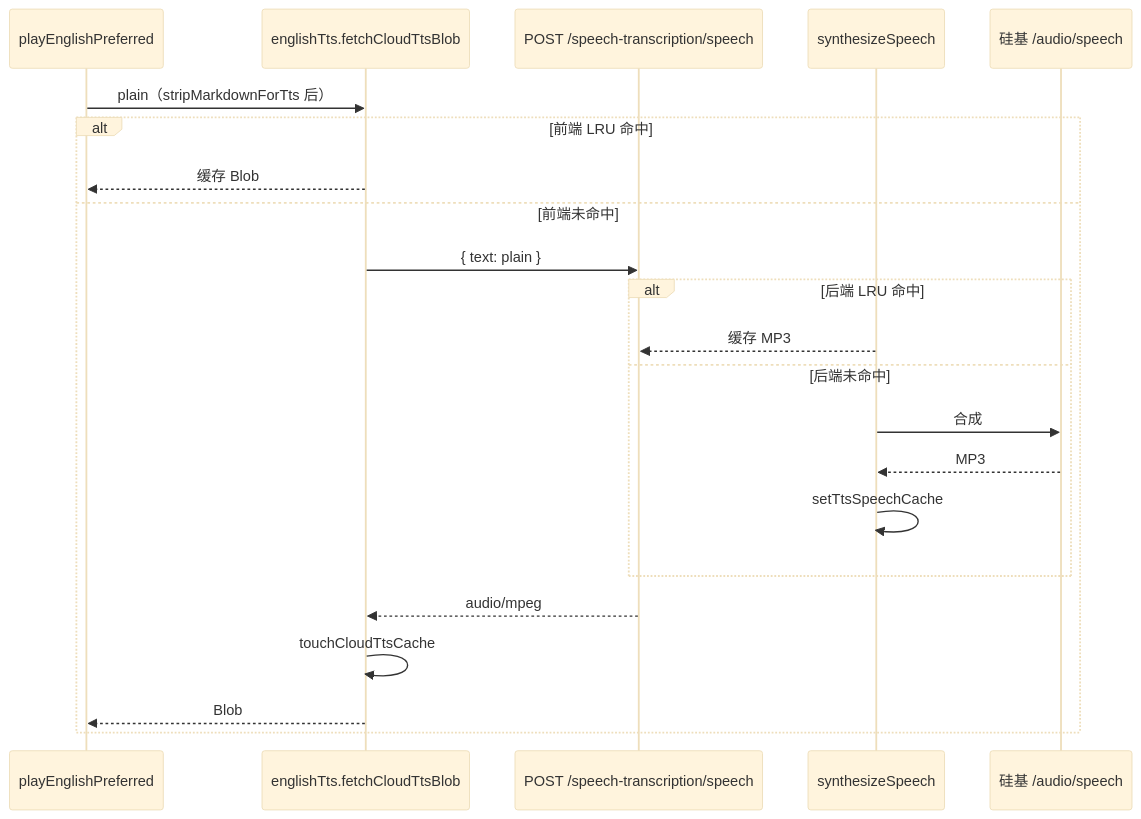
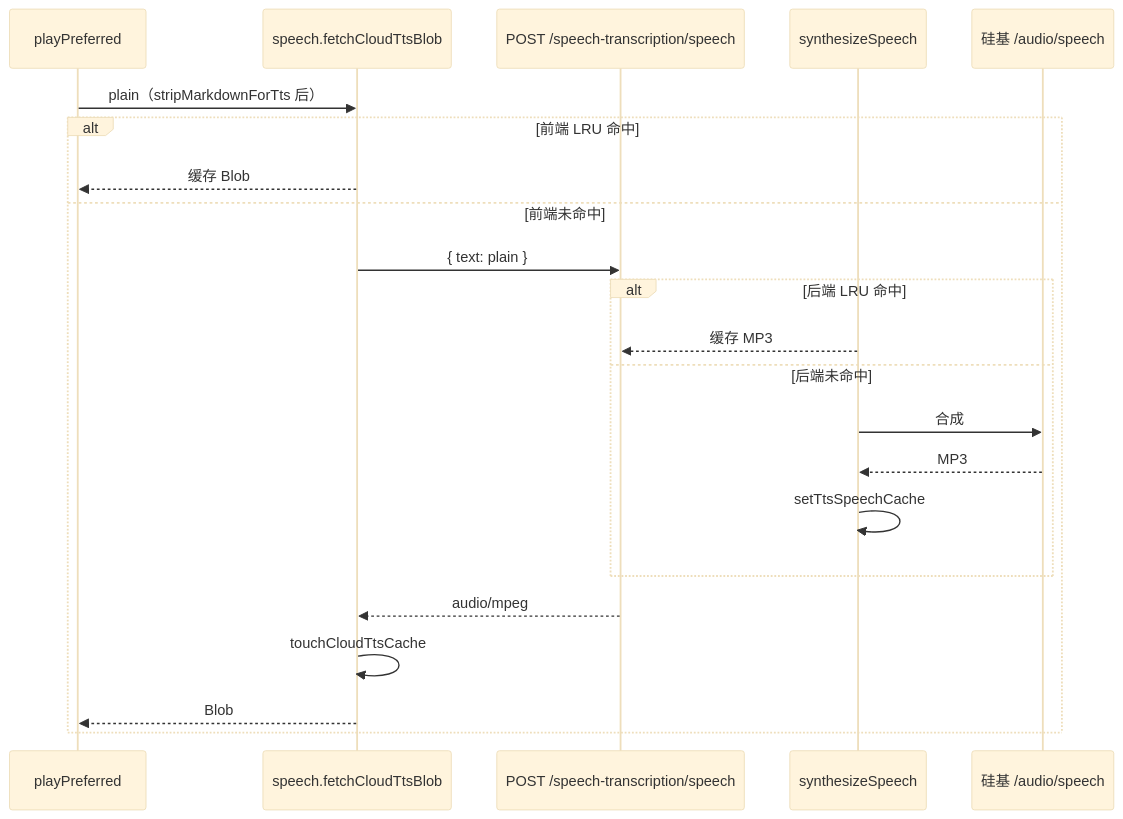
The diagram in docs/english/english-tts-cache-consistency.md (dnhyxc/dnhyxc-ai), drawn with Mermaid (base theme) before and after one commit. The commit also changed other lines of this file and 111 other files, not shown here.

````diff
--- a/docs/english/english-tts-cache-consistency.md
+++ b/docs/english/english-tts-cache-consistency.md
@@ -52,25 +52,25 @@
 ```mermaid
 sequenceDiagram
-  participant UI as playEnglishPreferred
-  participant FE as englishTts.fetchCloudTtsBlob
+  participant UI as playPreferred
+  participant FE as speech.fetchCloudTtsBlob
   participant API as POST /speech-transcription/speech
   participant BE as synthesizeSpeech
   participant SF as 硅基 /audio/speech
 
   UI->>FE: plain（stripMarkdownForTts 后）
   alt 前端 LRU 命中
     FE-->>UI: 缓存 Blob
   else 前端未命中
     FE->>API: { text: plain }
     alt 后端 LRU 命中
       BE-->>API: 缓存 MP3
     else 后端未命中
       BE->>SF: 合成
       SF-->>BE: MP3
       BE->>BE: setTtsSpeechCache
     end
     API-->>FE: audio/mpeg
     FE->>FE: touchCloudTtsCache
     FE-->>UI: Blob
   end
 ```
````
